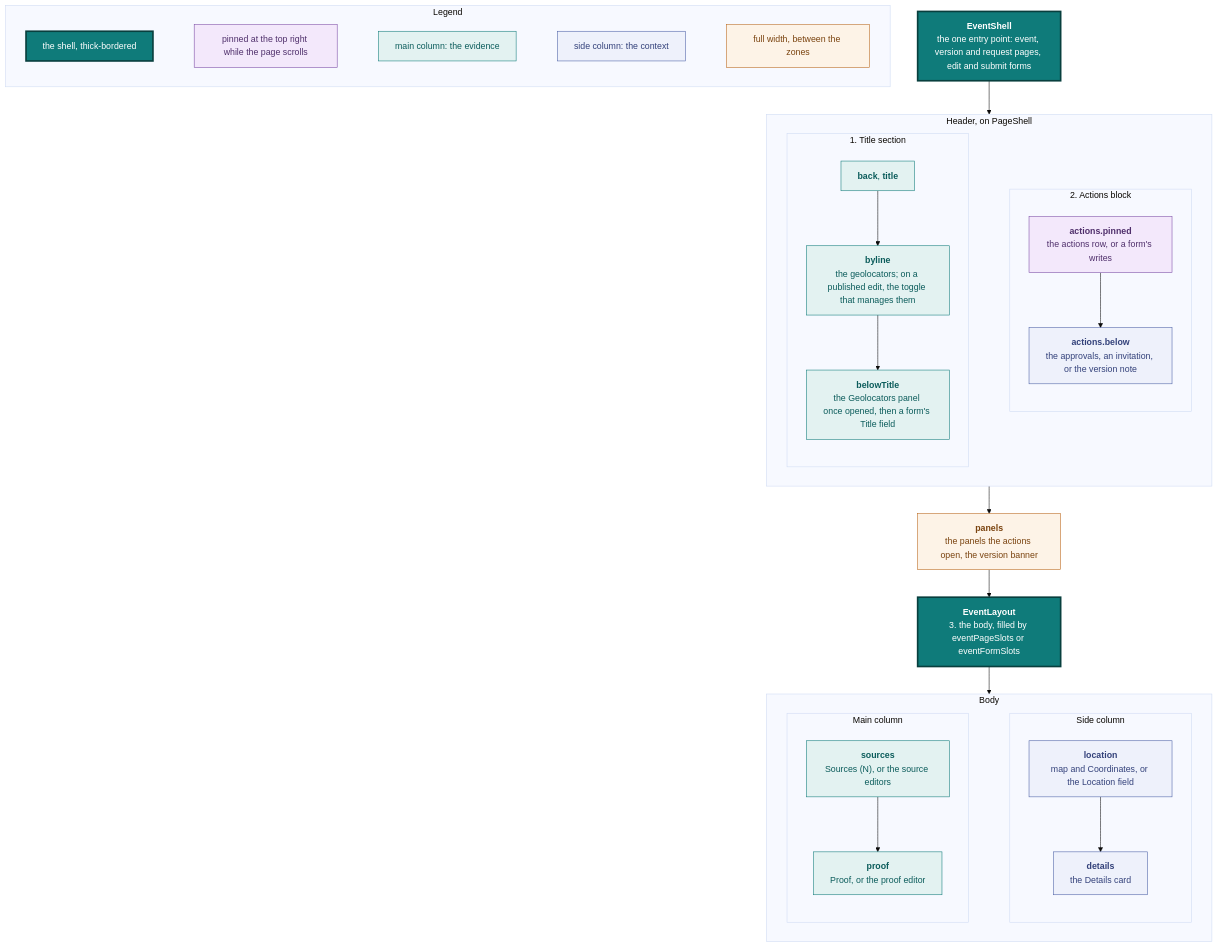
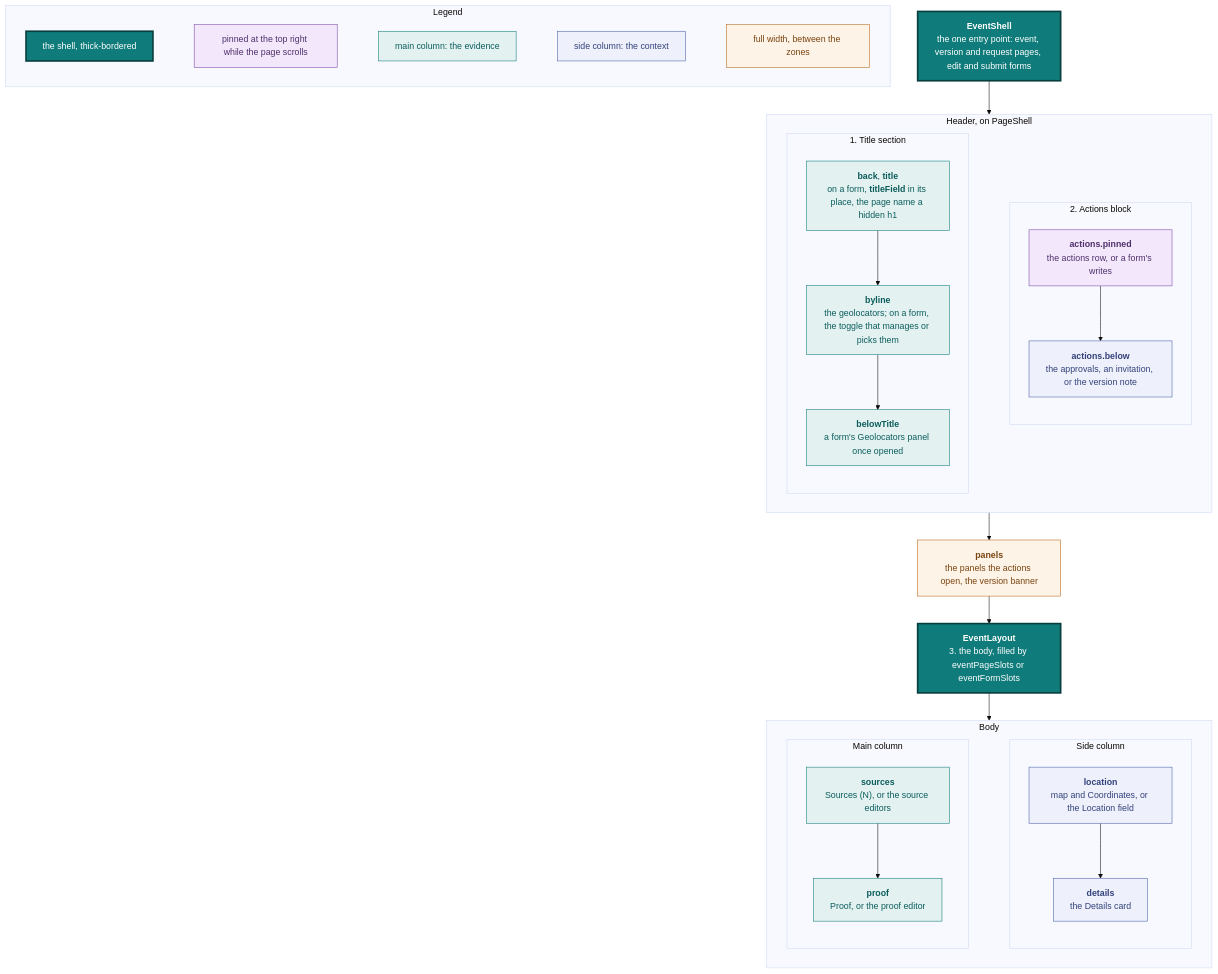
The sixth of 15 diagrams in docs/design.md (vidithq/vidit), drawn with Mermaid (base theme) before and after one commit. The commit also changed other lines of this file and 15 other files, not shown here.

First line of the commit message:
feat(frontend): put the Title field in the title's place and pick co-geolocators by the byline

````diff
--- a/docs/design.md
+++ b/docs/design.md
@@ -689,72 +690,73 @@
 ```mermaid
 flowchart TB
   classDef core fill:#0f7b7a,stroke:#083f3e,stroke-width:3px,color:#ffffff
   classDef pinned fill:#f3e8fb,stroke:#7a4aa5,color:#4f2f6b
   classDef shared fill:#e3f2f1,stroke:#0f7b7a,color:#0b5c5b
   classDef spec fill:#eef1fb,stroke:#4a5fa5,color:#33417a
   classDef state fill:#fdf3e7,stroke:#b8661a,color:#7a430f
 
   subgraph legend [Legend]
     direction LR
     l1["`the shell, thick-bordered`"]:::core
     l5["`pinned at the top right while the page scrolls`"]:::pinned
     l2["`main column: the evidence`"]:::shared
     l3["`side column: the context`"]:::spec
     l4["`full width, between the zones`"]:::state
     l1 ~~~ l5 ~~~ l2 ~~~ l3 ~~~ l4
   end
 
   shell["`**EventShell**
   the one entry point: event, version and request pages, edit and submit forms`"]:::core
 
   subgraph top [Header, on PageShell]
     direction LR
     subgraph titlesection [1. Title section]
       direction TB
-      heading["`**back**, **title**`"]:::shared
+      heading["`**back**, **title**
+      on a form, **titleField** in its place, the page name a hidden h1`"]:::shared
       byline["`**byline**
-      the geolocators; on a published edit, the toggle that manages them`"]:::shared
+      the geolocators; on a form, the toggle that manages or picks them`"]:::shared
       below["`**belowTitle**
-      the Geolocators panel once opened, then a form's Title field`"]:::shared
+      a form's Geolocators panel once opened`"]:::shared
       heading --> byline --> below
     end
     subgraph actionsblock [2. Actions block]
       direction TB
       pinned["`**actions.pinned**
       the actions row, or a form's writes`"]:::pinned
       under["`**actions.below**
       the approvals, an invitation, or the version note`"]:::spec
       pinned --> under
     end
     titlesection ~~~ actionsblock
   end
 
   between["`**panels**
   the panels the actions open, the version banner`"]:::state
 
   layout["`**EventLayout**
   3. the body, filled by eventPageSlots or eventFormSlots`"]:::core
 
   subgraph body [Body]
     direction LR
     subgraph main [Main column]
       direction TB
       sources["`**sources**
       Sources (N), or the source editors`"]:::shared
       proof["`**proof**
       Proof, or the proof editor`"]:::shared
       sources --> proof
     end
     subgraph side [Side column]
       direction TB
       location["`**location**
       map and Coordinates, or the Location field`"]:::spec
       details["`**details**
       the Details card`"]:::spec
       location --> details
     end
     main ~~~ side
   end
 
   shell --> top --> between --> layout --> body
 ```
````
